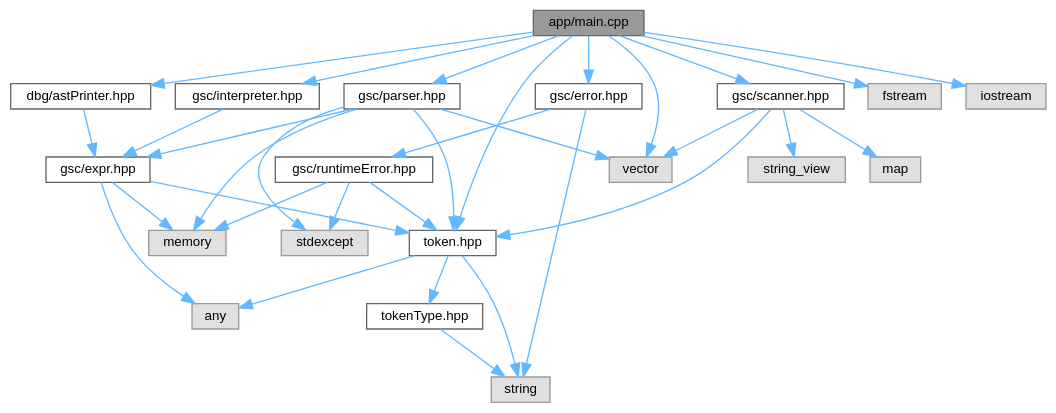
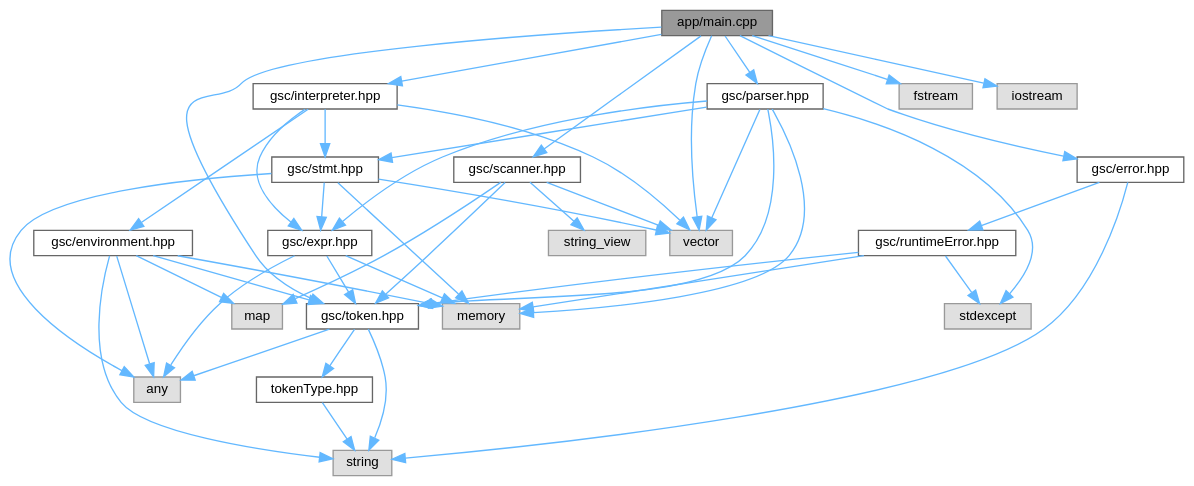
The diagram in main_8cpp__incl.dot (helcsnewsxd/gsc-interpreter), drawn with Graphviz before and after one commit. The commit also changed 234 other files, not shown here.

```diff
--- a/main_8cpp__incl.dot
+++ b/main_8cpp__incl.dot
@@ -1,58 +1,70 @@
 digraph "app/main.cpp"
 {
  // LATEX_PDF_SIZE
   bgcolor="transparent";
   edge [fontname=Helvetica,fontsize=10,labelfontname=Helvetica,labelfontsize=10];
   node [fontname=Helvetica,fontsize=10,shape=box,height=0.2,width=0.4];
   Node1 [id="Node000001",label="app/main.cpp",height=0.2,width=0.4,color="gray40", fillcolor="grey60", style="filled", fontcolor="black",tooltip=" "];
   Node1 -> Node2 [id="edge1_Node000001_Node000002",color="steelblue1",style="solid",tooltip=" "];
-  Node2 [id="Node000002",label="dbg/astPrinter.hpp",height=0.2,width=0.4,color="grey40", fillcolor="white", style="filled",URL="$astPrinter_8hpp.html",tooltip=" "];
+  Node2 [id="Node000002",label="gsc/error.hpp",height=0.2,width=0.4,color="grey40", fillcolor="white", style="filled",URL="$error_8hpp.html",tooltip=" "];
   Node2 -> Node3 [id="edge2_Node000002_Node000003",color="steelblue1",style="solid",tooltip=" "];
-  Node3 [id="Node000003",label="gsc/expr.hpp",height=0.2,width=0.4,color="grey40", fillcolor="white", style="filled",URL="$expr_8hpp.html",tooltip=" "];
+  Node3 [id="Node000003",label="gsc/runtimeError.hpp",height=0.2,width=0.4,color="grey40", fillcolor="white", style="filled",URL="$runtimeError_8hpp.html",tooltip=" "];
   Node3 -> Node4 [id="edge3_Node000003_Node000004",color="steelblue1",style="solid",tooltip=" "];
-  Node4 [id="Node000004",label="token.hpp",height=0.2,width=0.4,color="grey40", fillcolor="white", style="filled",URL="$token_8hpp.html",tooltip=" "];
+  Node4 [id="Node000004",label="gsc/token.hpp",height=0.2,width=0.4,color="grey40", fillcolor="white", style="filled",URL="$token_8hpp.html",tooltip=" "];
   Node4 -> Node5 [id="edge4_Node000004_Node000005",color="steelblue1",style="solid",tooltip=" "];
   Node5 [id="Node000005",label="tokenType.hpp",height=0.2,width=0.4,color="grey40", fillcolor="white", style="filled",URL="$tokenType_8hpp.html",tooltip=" "];
   Node5 -> Node6 [id="edge5_Node000005_Node000006",color="steelblue1",style="solid",tooltip=" "];
   Node6 [id="Node000006",label="string",height=0.2,width=0.4,color="grey60", fillcolor="#E0E0E0", style="filled",tooltip=" "];
   Node4 -> Node7 [id="edge6_Node000004_Node000007",color="steelblue1",style="solid",tooltip=" "];
   Node7 [id="Node000007",label="any",height=0.2,width=0.4,color="grey60", fillcolor="#E0E0E0", style="filled",tooltip=" "];
   Node4 -> Node6 [id="edge7_Node000004_Node000006",color="steelblue1",style="solid",tooltip=" "];
-  Node3 -> Node7 [id="edge8_Node000003_Node000007",color="steelblue1",style="solid",tooltip=" "];
-  Node3 -> Node8 [id="edge9_Node000003_Node000008",color="steelblue1",style="solid",tooltip=" "];
+  Node3 -> Node8 [id="edge8_Node000003_Node000008",color="steelblue1",style="solid",tooltip=" "];
   Node8 [id="Node000008",label="memory",height=0.2,width=0.4,color="grey60", fillcolor="#E0E0E0", style="filled",tooltip=" "];
-  Node1 -> Node9 [id="edge10_Node000001_Node000009",color="steelblue1",style="solid",tooltip=" "];
-  Node9 [id="Node000009",label="gsc/error.hpp",height=0.2,width=0.4,color="grey40", fillcolor="white", style="filled",URL="$error_8hpp.html",tooltip=" "];
-  Node9 -> Node10 [id="edge11_Node000009_Node000010",color="steelblue1",style="solid",tooltip=" "];
-  Node10 [id="Node000010",label="gsc/runtimeError.hpp",height=0.2,width=0.4,color="grey40", fillcolor="white", style="filled",URL="$runtimeError_8hpp.html",tooltip=" "];
-  Node10 -> Node4 [id="edge12_Node000010_Node000004",color="steelblue1",style="solid",tooltip=" "];
-  Node10 -> Node8 [id="edge13_Node000010_Node000008",color="steelblue1",style="solid",tooltip=" "];
-  Node10 -> Node11 [id="edge14_Node000010_Node000011",color="steelblue1",style="solid",tooltip=" "];
-  Node11 [id="Node000011",label="stdexcept",height=0.2,width=0.4,color="grey60", fillcolor="#E0E0E0", style="filled",tooltip=" "];
-  Node9 -> Node6 [id="edge15_Node000009_Node000006",color="steelblue1",style="solid",tooltip=" "];
-  Node1 -> Node12 [id="edge16_Node000001_Node000012",color="steelblue1",style="solid",tooltip=" "];
-  Node12 [id="Node000012",label="gsc/interpreter.hpp",height=0.2,width=0.4,color="grey40", fillcolor="white", style="filled",URL="$interpreter_8hpp.html",tooltip=" "];
-  Node12 -> Node3 [id="edge17_Node000012_Node000003",color="steelblue1",style="solid",tooltip=" "];
-  Node1 -> Node13 [id="edge18_Node000001_Node000013",color="steelblue1",style="solid",tooltip=" "];
-  Node13 [id="Node000013",label="gsc/parser.hpp",height=0.2,width=0.4,color="grey40", fillcolor="white", style="filled",URL="$parser_8hpp.html",tooltip=" "];
-  Node13 -> Node3 [id="edge19_Node000013_Node000003",color="steelblue1",style="solid",tooltip=" "];
-  Node13 -> Node4 [id="edge20_Node000013_Node000004",color="steelblue1",style="solid",tooltip=" "];
+  Node3 -> Node9 [id="edge9_Node000003_Node000009",color="steelblue1",style="solid",tooltip=" "];
+  Node9 [id="Node000009",label="stdexcept",height=0.2,width=0.4,color="grey60", fillcolor="#E0E0E0", style="filled",tooltip=" "];
+  Node2 -> Node6 [id="edge10_Node000002_Node000006",color="steelblue1",style="solid",tooltip=" "];
+  Node1 -> Node10 [id="edge11_Node000001_Node000010",color="steelblue1",style="solid",tooltip=" "];
+  Node10 [id="Node000010",label="gsc/interpreter.hpp",height=0.2,width=0.4,color="grey40", fillcolor="white", style="filled",URL="$interpreter_8hpp.html",tooltip=" "];
+  Node10 -> Node11 [id="edge12_Node000010_Node000011",color="steelblue1",style="solid",tooltip=" "];
+  Node11 [id="Node000011",label="gsc/environment.hpp",height=0.2,width=0.4,color="grey40", fillcolor="white", style="filled",URL="$environment_8hpp.html",tooltip=" "];
+  Node11 -> Node4 [id="edge13_Node000011_Node000004",color="steelblue1",style="solid",tooltip=" "];
+  Node11 -> Node7 [id="edge14_Node000011_Node000007",color="steelblue1",style="solid",tooltip=" "];
+  Node11 -> Node12 [id="edge15_Node000011_Node000012",color="steelblue1",style="solid",tooltip=" "];
+  Node12 [id="Node000012",label="map",height=0.2,width=0.4,color="grey60", fillcolor="#E0E0E0", style="filled",tooltip=" "];
+  Node11 -> Node8 [id="edge16_Node000011_Node000008",color="steelblue1",style="solid",tooltip=" "];
+  Node11 -> Node6 [id="edge17_Node000011_Node000006",color="steelblue1",style="solid",tooltip=" "];
+  Node10 -> Node13 [id="edge18_Node000010_Node000013",color="steelblue1",style="solid",tooltip=" "];
+  Node13 [id="Node000013",label="gsc/expr.hpp",height=0.2,width=0.4,color="grey40", fillcolor="white", style="filled",URL="$expr_8hpp.html",tooltip=" "];
+  Node13 -> Node4 [id="edge19_Node000013_Node000004",color="steelblue1",style="solid",tooltip=" "];
+  Node13 -> Node7 [id="edge20_Node000013_Node000007",color="steelblue1",style="solid",tooltip=" "];
   Node13 -> Node8 [id="edge21_Node000013_Node000008",color="steelblue1",style="solid",tooltip=" "];
-  Node13 -> Node11 [id="edge22_Node000013_Node000011",color="steelblue1",style="solid",tooltip=" "];
-  Node13 -> Node14 [id="edge23_Node000013_Node000014",color="steelblue1",style="solid",tooltip=" "];
-  Node14 [id="Node000014",label="vector",height=0.2,width=0.4,color="grey60", fillcolor="#E0E0E0", style="filled",tooltip=" "];
-  Node1 -> Node15 [id="edge24_Node000001_Node000015",color="steelblue1",style="solid",tooltip=" "];
-  Node15 [id="Node000015",label="gsc/scanner.hpp",height=0.2,width=0.4,color="grey40", fillcolor="white", style="filled",URL="$scanner_8hpp.html",tooltip=" "];
-  Node15 -> Node4 [id="edge25_Node000015_Node000004",color="steelblue1",style="solid",tooltip=" "];
-  Node15 -> Node16 [id="edge26_Node000015_Node000016",color="steelblue1",style="solid",tooltip=" "];
-  Node16 [id="Node000016",label="map",height=0.2,width=0.4,color="grey60", fillcolor="#E0E0E0", style="filled",tooltip=" "];
-  Node15 -> Node17 [id="edge27_Node000015_Node000017",color="steelblue1",style="solid",tooltip=" "];
-  Node17 [id="Node000017",label="string_view",height=0.2,width=0.4,color="grey60", fillcolor="#E0E0E0", style="filled",tooltip=" "];
-  Node15 -> Node14 [id="edge28_Node000015_Node000014",color="steelblue1",style="solid",tooltip=" "];
-  Node1 -> Node4 [id="edge29_Node000001_Node000004",color="steelblue1",style="solid",tooltip=" "];
-  Node1 -> Node18 [id="edge30_Node000001_Node000018",color="steelblue1",style="solid",tooltip=" "];
-  Node18 [id="Node000018",label="fstream",height=0.2,width=0.4,color="grey60", fillcolor="#E0E0E0", style="filled",tooltip=" "];
-  Node1 -> Node19 [id="edge31_Node000001_Node000019",color="steelblue1",style="solid",tooltip=" "];
-  Node19 [id="Node000019",label="iostream",height=0.2,width=0.4,color="grey60", fillcolor="#E0E0E0", style="filled",tooltip=" "];
-  Node1 -> Node14 [id="edge32_Node000001_Node000014",color="steelblue1",style="solid",tooltip=" "];
+  Node10 -> Node14 [id="edge22_Node000010_Node000014",color="steelblue1",style="solid",tooltip=" "];
+  Node14 [id="Node000014",label="gsc/stmt.hpp",height=0.2,width=0.4,color="grey40", fillcolor="white", style="filled",URL="$stmt_8hpp.html",tooltip=" "];
+  Node14 -> Node13 [id="edge23_Node000014_Node000013",color="steelblue1",style="solid",tooltip=" "];
+  Node14 -> Node7 [id="edge24_Node000014_Node000007",color="steelblue1",style="solid",tooltip=" "];
+  Node14 -> Node8 [id="edge25_Node000014_Node000008",color="steelblue1",style="solid",tooltip=" "];
+  Node14 -> Node15 [id="edge26_Node000014_Node000015",color="steelblue1",style="solid",tooltip=" "];
+  Node15 [id="Node000015",label="vector",height=0.2,width=0.4,color="grey60", fillcolor="#E0E0E0", style="filled",tooltip=" "];
+  Node10 -> Node15 [id="edge27_Node000010_Node000015",color="steelblue1",style="solid",tooltip=" "];
+  Node1 -> Node16 [id="edge28_Node000001_Node000016",color="steelblue1",style="solid",tooltip=" "];
+  Node16 [id="Node000016",label="gsc/parser.hpp",height=0.2,width=0.4,color="grey40", fillcolor="white", style="filled",URL="$parser_8hpp.html",tooltip=" "];
+  Node16 -> Node13 [id="edge29_Node000016_Node000013",color="steelblue1",style="solid",tooltip=" "];
+  Node16 -> Node14 [id="edge30_Node000016_Node000014",color="steelblue1",style="solid",tooltip=" "];
+  Node16 -> Node4 [id="edge31_Node000016_Node000004",color="steelblue1",style="solid",tooltip=" "];
+  Node16 -> Node8 [id="edge32_Node000016_Node000008",color="steelblue1",style="solid",tooltip=" "];
+  Node16 -> Node9 [id="edge33_Node000016_Node000009",color="steelblue1",style="solid",tooltip=" "];
+  Node16 -> Node15 [id="edge34_Node000016_Node000015",color="steelblue1",style="solid",tooltip=" "];
+  Node1 -> Node17 [id="edge35_Node000001_Node000017",color="steelblue1",style="solid",tooltip=" "];
+  Node17 [id="Node000017",label="gsc/scanner.hpp",height=0.2,width=0.4,color="grey40", fillcolor="white", style="filled",URL="$scanner_8hpp.html",tooltip=" "];
+  Node17 -> Node4 [id="edge36_Node000017_Node000004",color="steelblue1",style="solid",tooltip=" "];
+  Node17 -> Node12 [id="edge37_Node000017_Node000012",color="steelblue1",style="solid",tooltip=" "];
+  Node17 -> Node18 [id="edge38_Node000017_Node000018",color="steelblue1",style="solid",tooltip=" "];
+  Node18 [id="Node000018",label="string_view",height=0.2,width=0.4,color="grey60", fillcolor="#E0E0E0", style="filled",tooltip=" "];
+  Node17 -> Node15 [id="edge39_Node000017_Node000015",color="steelblue1",style="solid",tooltip=" "];
+  Node1 -> Node4 [id="edge40_Node000001_Node000004",color="steelblue1",style="solid",tooltip=" "];
+  Node1 -> Node19 [id="edge41_Node000001_Node000019",color="steelblue1",style="solid",tooltip=" "];
+  Node19 [id="Node000019",label="fstream",height=0.2,width=0.4,color="grey60", fillcolor="#E0E0E0", style="filled",tooltip=" "];
+  Node1 -> Node20 [id="edge42_Node000001_Node000020",color="steelblue1",style="solid",tooltip=" "];
+  Node20 [id="Node000020",label="iostream",height=0.2,width=0.4,color="grey60", fillcolor="#E0E0E0", style="filled",tooltip=" "];
+  Node1 -> Node15 [id="edge43_Node000001_Node000015",color="steelblue1",style="solid",tooltip=" "];
 }
```
